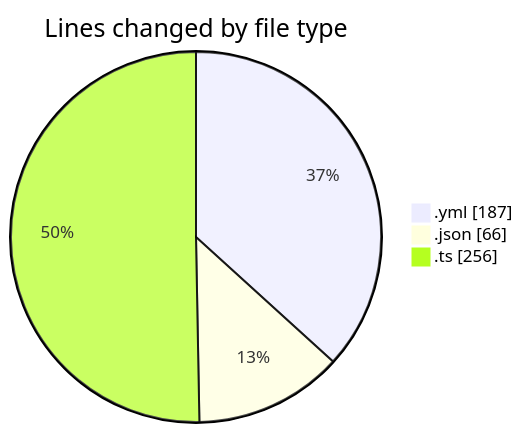
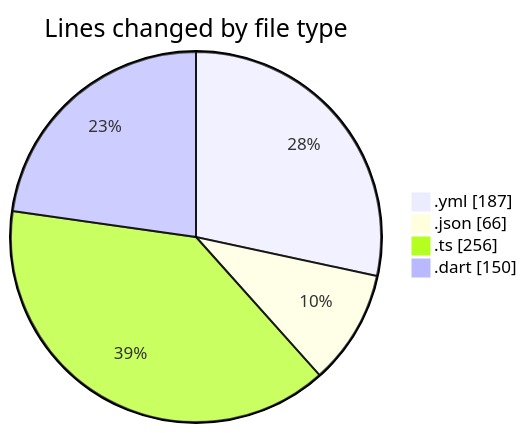
The first of 2 diagrams in 2025-02-10/maps_clone/README.md (donsfak/code-tracking), drawn with Mermaid before and after one commit. The commit also changed other lines of this file and 1 other file, not shown here.

````diff
--- a/2025-02-10/maps_clone/README.md
+++ b/2025-02-10/maps_clone/README.md
@@ -26,7 +27,8 @@
 ```mermaid
 pie showData
 title Lines changed by file type
 ".yml" : 187
 ".json" : 66
 ".ts" : 256
+".dart" : 150
 ```
````
